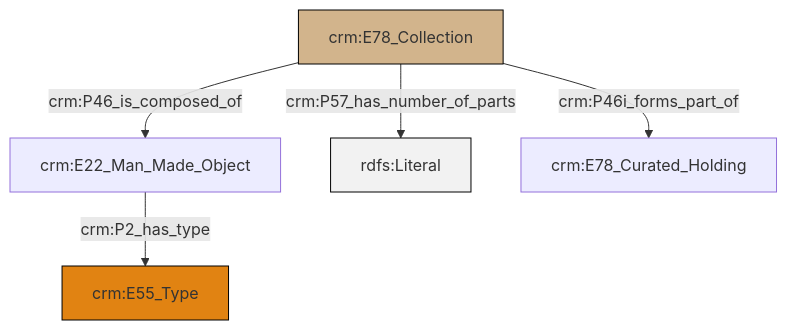
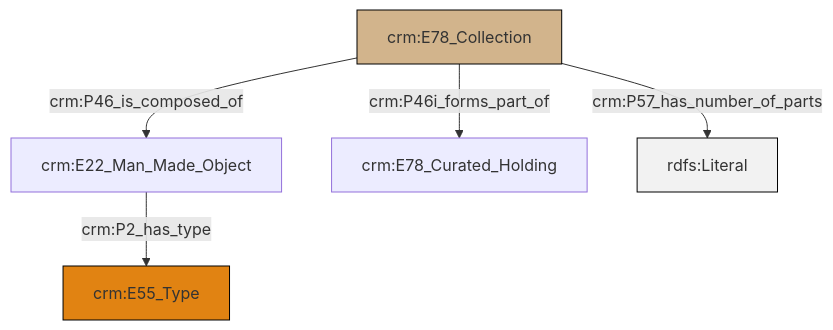
One commit to swiss-art-research-net/docs.swissartresearch changed the diagram in et/archivalCSV/ttl/mmd/archival_parthood.ttl.mmd. Above: the diagram before and after it, drawn with Mermaid. The commit also changed 175 other files, not shown here.

```diff
--- a/et/archivalCSV/ttl/mmd/archival_parthood.ttl.mmd
+++ b/et/archivalCSV/ttl/mmd/archival_parthood.ttl.mmd
@@ -1,19 +1,19 @@
 graph TD
 classDef Literal fill:#f2f2f2,stroke:#000000;
 classDef CRM_Entity fill:#FFFFFF,stroke:#000000;
 classDef Temporal_Entity fill:#00C9E6, stroke:#000000;
 classDef Type fill:#E18312, stroke:#000000;
 classDef Time-Span fill:#2C9C91, stroke:#000000;
 classDef Appellation fill:#FFEB7F, stroke:#000000;
 classDef Place fill:#008836, stroke:#000000;
 classDef Persistent_Item fill:#B266B2, stroke:#000000;
 classDef Conceptual_Object fill:#FFD700, stroke:#000000;
 classDef Physical_Thing fill:#D2B48C, stroke:#000000;
 classDef Actor fill:#f58aad, stroke:#000000;
 classDef PC_Classes fill:#4ce600, stroke:#000000;
 classDef Multi fill:#cccccc,stroke:#000000;
 
-0["crm:E78_Collection"]:::Physical_Thing -->|crm:P46_is_composed_of| 1["crm:E22_Man_Made_Object"]:::Default
-0["crm:E78_Collection"]:::Physical_Thing -->|crm:P57_has_number_of_parts| 2[rdfs:Literal]:::Literal
-0["crm:E78_Collection"]:::Physical_Thing -->|crm:P46i_forms_part_of| 4["crm:E78_Curated_Holding"]:::Default
-1["crm:E22_Man_Made_Object"]:::Default -->|crm:P2_has_type| 6["crm:E55_Type"]:::Type
+2["crm:E22_Man_Made_Object"]:::Default -->|crm:P2_has_type| 3["crm:E55_Type"]:::Type
+0["crm:E78_Collection"]:::Physical_Thing -->|crm:P46i_forms_part_of| 5["crm:E78_Curated_Holding"]:::Default
+0["crm:E78_Collection"]:::Physical_Thing -->|crm:P57_has_number_of_parts| 7[rdfs:Literal]:::Literal
+0["crm:E78_Collection"]:::Physical_Thing -->|crm:P46_is_composed_of| 2["crm:E22_Man_Made_Object"]:::Default
```
